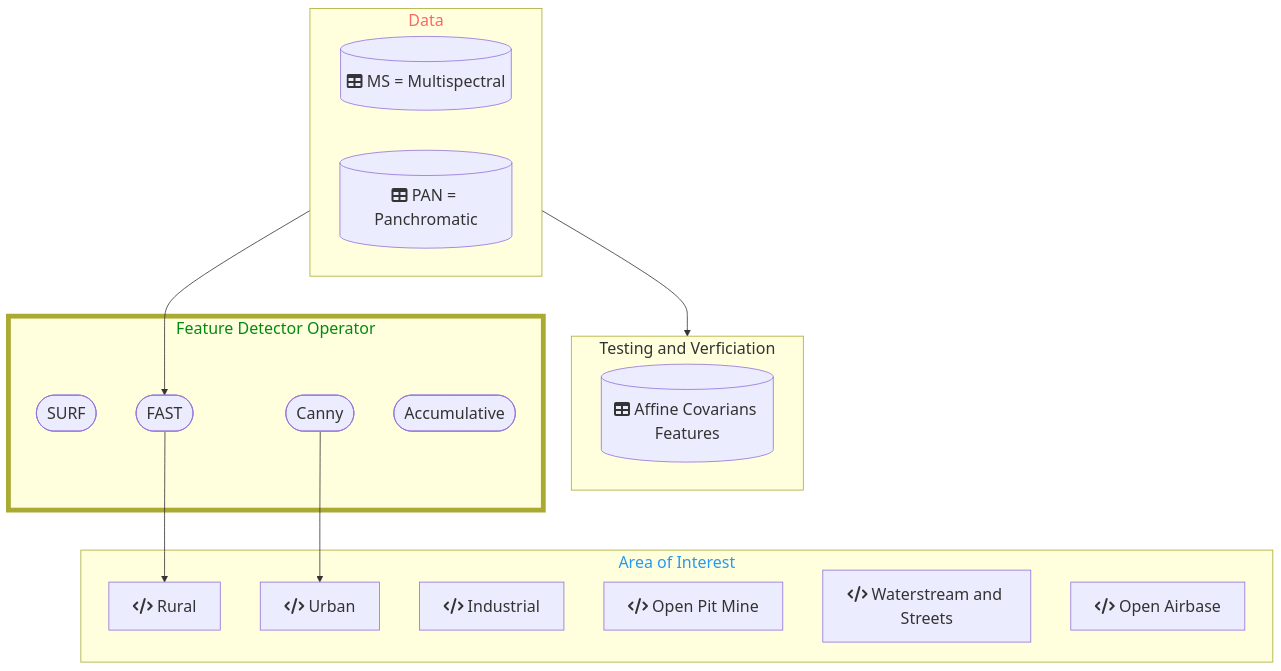
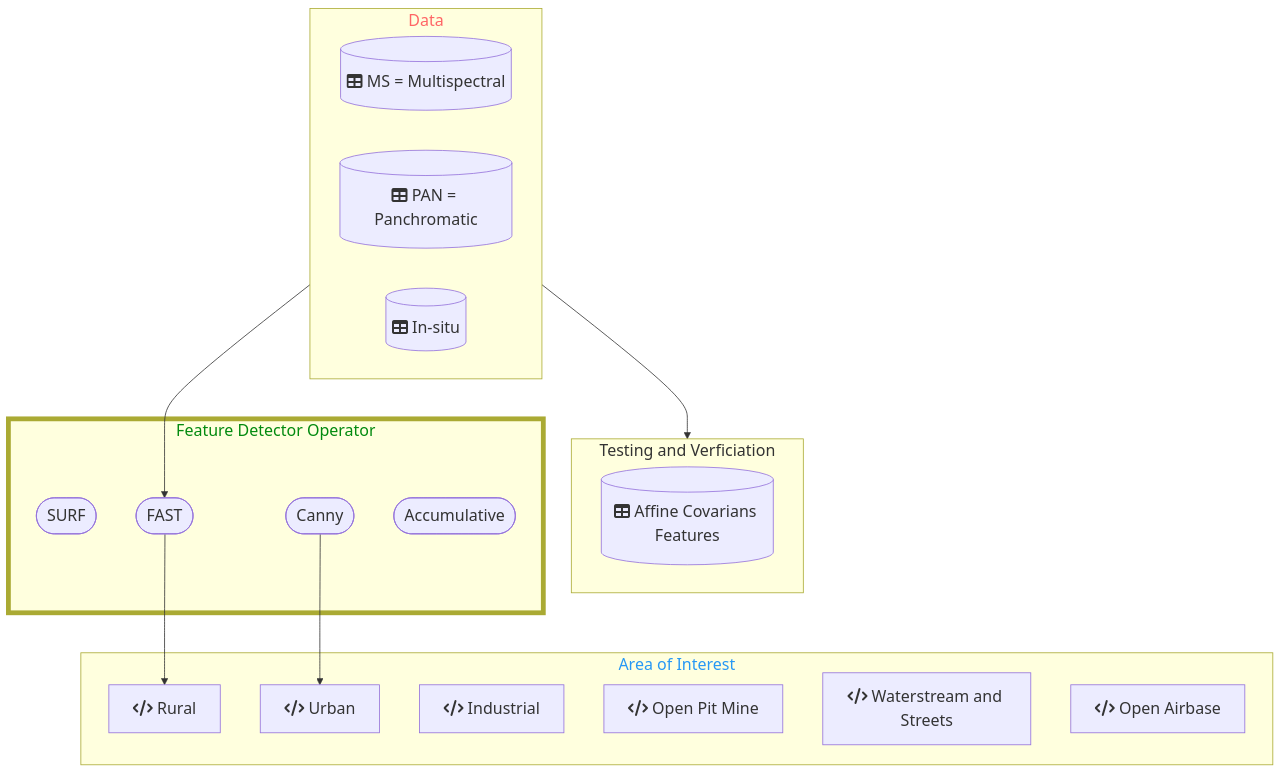
The diagram in Application/README.md (DippoldEJ/Feature-Detection-and-Explanation), drawn with Mermaid before and after one commit. The commit also changed other lines of this file, not shown here.

````diff
--- a/Application/README.md
+++ b/Application/README.md
@@ -31,45 +13,46 @@
 ```mermaid
 flowchart TD;
 %%{init: {
 	'themeVariables': { 'fontSize': '20px', 'fontFamily': 'Didot'}
 	}
 }%%
 
  subgraph n[Data]
         direction LR
         g[(fa:fa-table MS = Multispectral)]
         h[(fa:fa-table PAN = Panchromatic)]
+		s[(fa:fa-table In-situ)]
     end
 
  subgraph q[Testing and Verficiation]
         direction LR
         r[(fa:fa-table Affine Covarians Features)]
     end
 
  subgraph o[Feature Detector Operator]
         j([SURF])
         k([FAST])
         l([Canny])
         m([Accumulative])
     end
 
 subgraph p[Area of Interest]
     a[fa:fa-code Rural]
     b[fa:fa-code Urban]
     c[fa:fa-code Industrial]
     d[fa:fa-code Open Pit Mine]
     e[fa:fa-code Waterstream and Streets]
     f[fa:fa-code Open Airbase]
     end
 
 style n color:#f66
 style o stroke-width:6px
 style o color:#028A0F
 style p color:#2798F5
 
 h-->k
 k-->a
 l-->b
 n-->q
 
 ```
````
